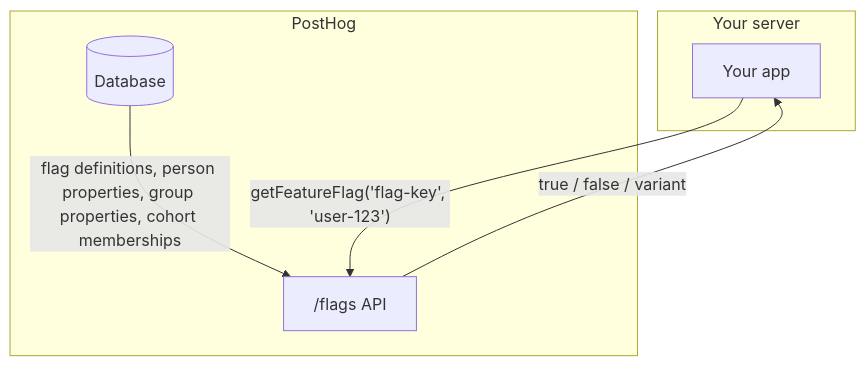
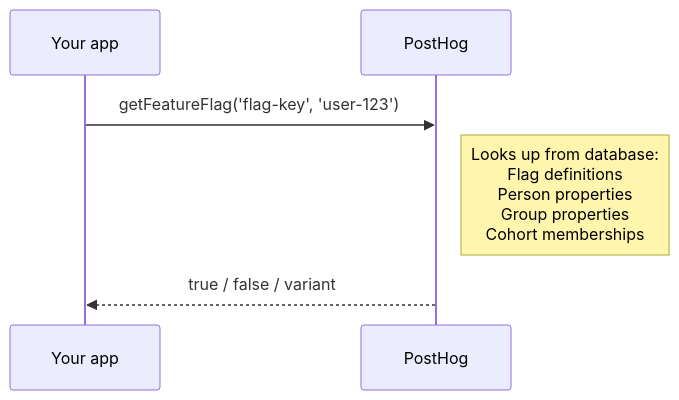
One commit to PostHog/posthog.com changed the first of 2 diagrams in contents/docs/feature-flags/local-evaluation/index.mdx. Above: the diagram before and after it, drawn with Mermaid. The commit also changed other lines of this file, not shown here.

First line of the commit message:
Switch to sequence diagrams for clearer local eval explanation

````diff
--- a/contents/docs/feature-flags/local-evaluation/index.mdx
+++ b/contents/docs/feature-flags/local-evaluation/index.mdx
@@ -25,13 +25,8 @@
 ```mermaid
-flowchart TD
-    subgraph your-server ["Your server"]
-        app["Your app"]
-    end
-    subgraph posthog ["PostHog"]
-        db[("Database")]
-        api["/flags API"]
-    end
-    app -- "getFeatureFlag('flag-key', 'user-123')" --> api
-    db -- "flag definitions, person properties, group properties, cohort memberships" --> api
-    api -- "true / false / variant" --> app
+sequenceDiagram
+    participant App as Your app
+    participant PH as PostHog
+    App->>PH: getFeatureFlag('flag-key', 'user-123')
+    Note right of PH: Looks up from database:<br/>Flag definitions<br/>Person properties<br/>Group properties<br/>Cohort memberships
+    PH-->>App: true / false / variant
 ```
````
